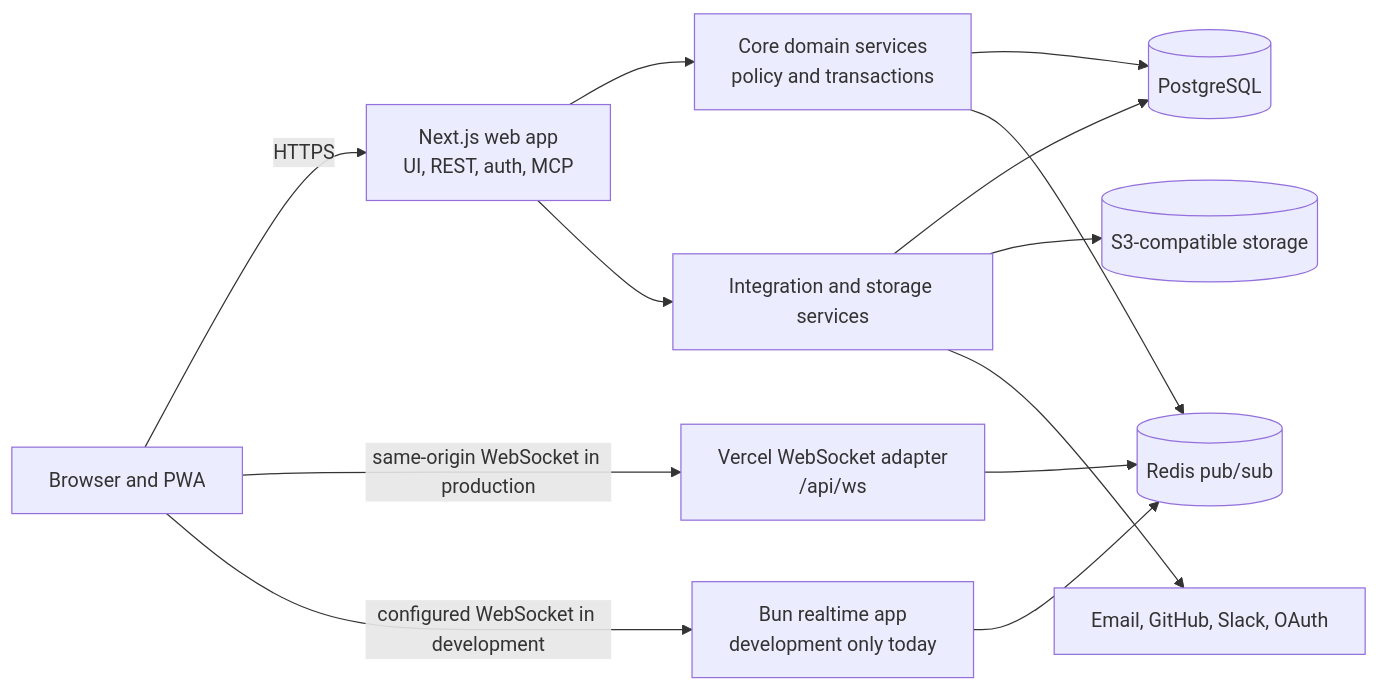
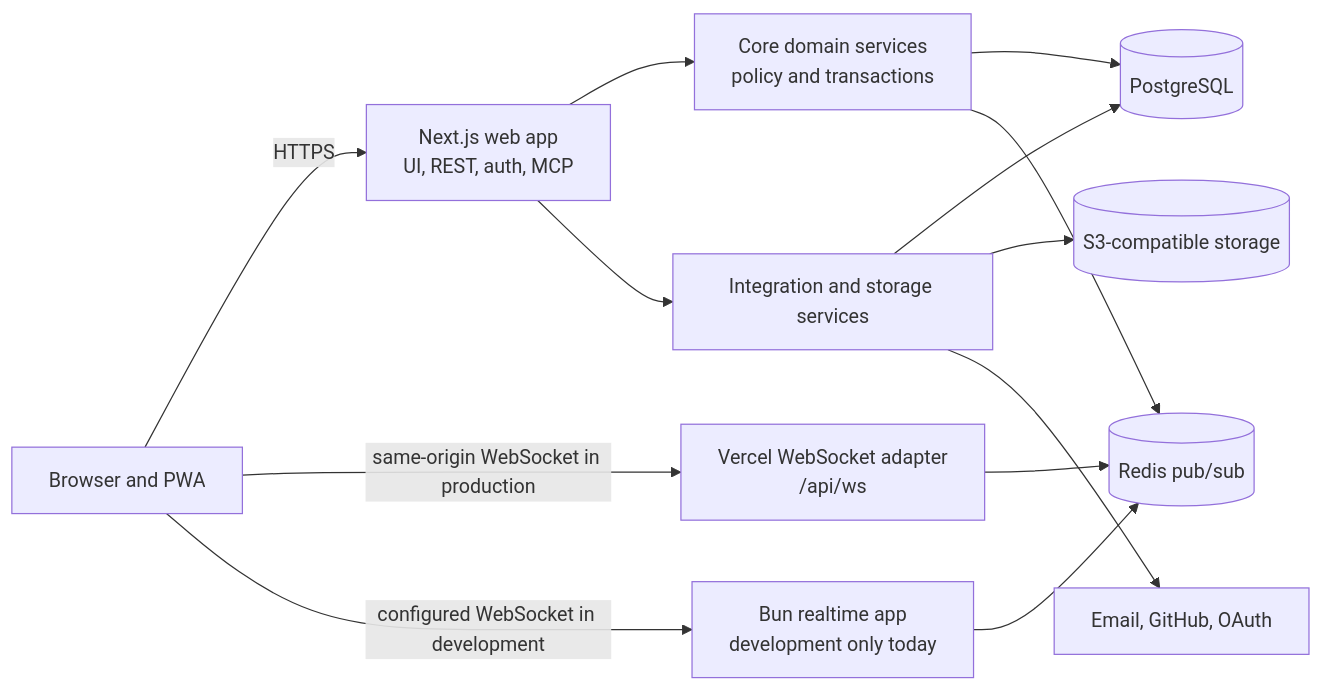
Before and after one commit to Noveum/orbit: the first of 3 diagrams in docs/superpowers/plans/2026-08-09-open-source-readiness.md, drawn with Mermaid. The commit also changed other lines of this file and 10 other files, not shown here.

````diff
--- a/docs/superpowers/plans/2026-08-09-open-source-readiness.md
+++ b/docs/superpowers/plans/2026-08-09-open-source-readiness.md
@@ -97,26 +156,26 @@
 ```mermaid
 flowchart LR
   Browser["Browser and PWA"]
   Next["Next.js web app<br/>UI, REST, auth, MCP"]
   VercelWS["Vercel WebSocket adapter<br/>/api/ws"]
   LocalRT["Bun realtime app<br/>development only today"]
   Core["Core domain services<br/>policy and transactions"]
   Services["Integration and storage services"]
   DB[(PostgreSQL)]
   Redis[(Redis pub/sub)]
   S3[(S3-compatible storage)]
-  Providers["Email, GitHub, Slack, OAuth"]
+  Providers["Email, GitHub, OAuth"]
 
   Browser -->|HTTPS| Next
   Browser -->|same-origin WebSocket in production| VercelWS
   Browser -->|configured WebSocket in development| LocalRT
   Next --> Core
   Next --> Services
   VercelWS --> Redis
   LocalRT --> Redis
   Core --> DB
   Core --> Redis
   Services --> DB
   Services --> S3
   Services --> Providers
 ```
````
